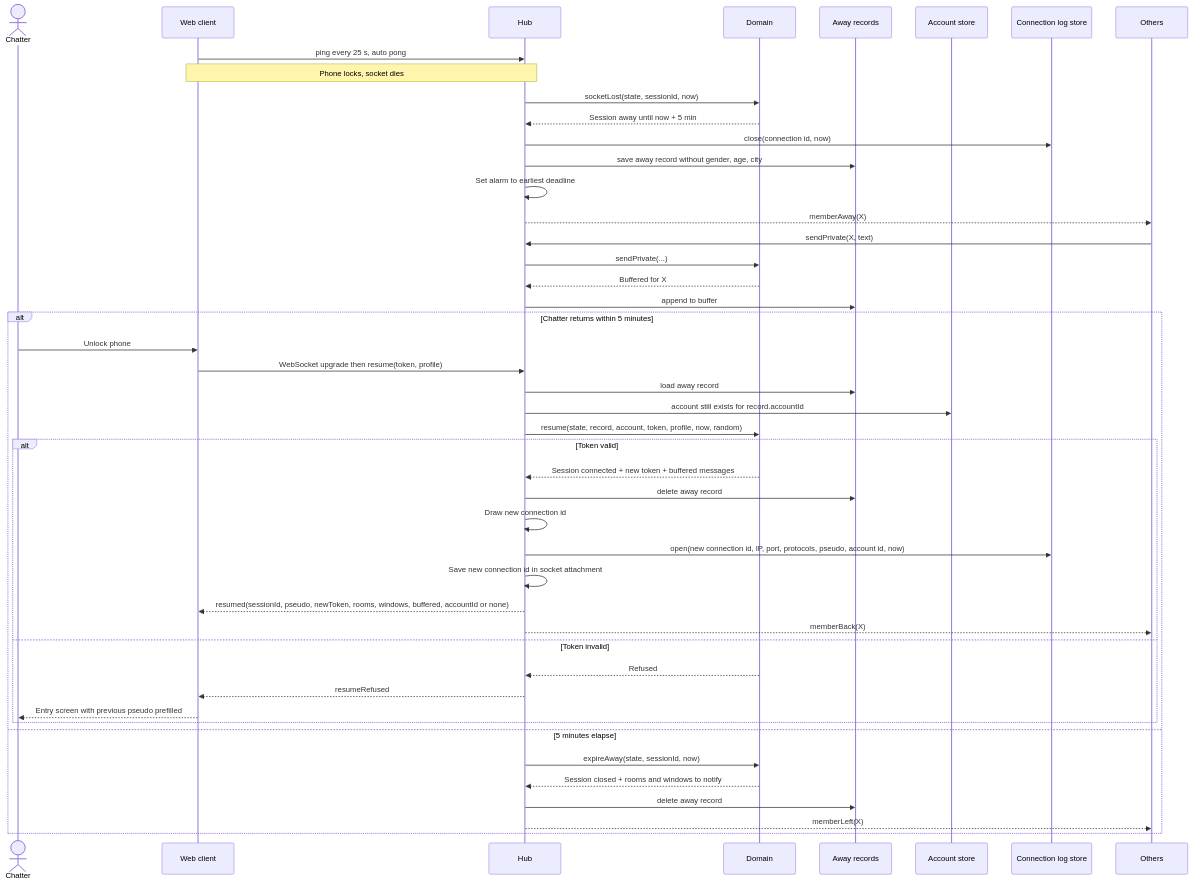
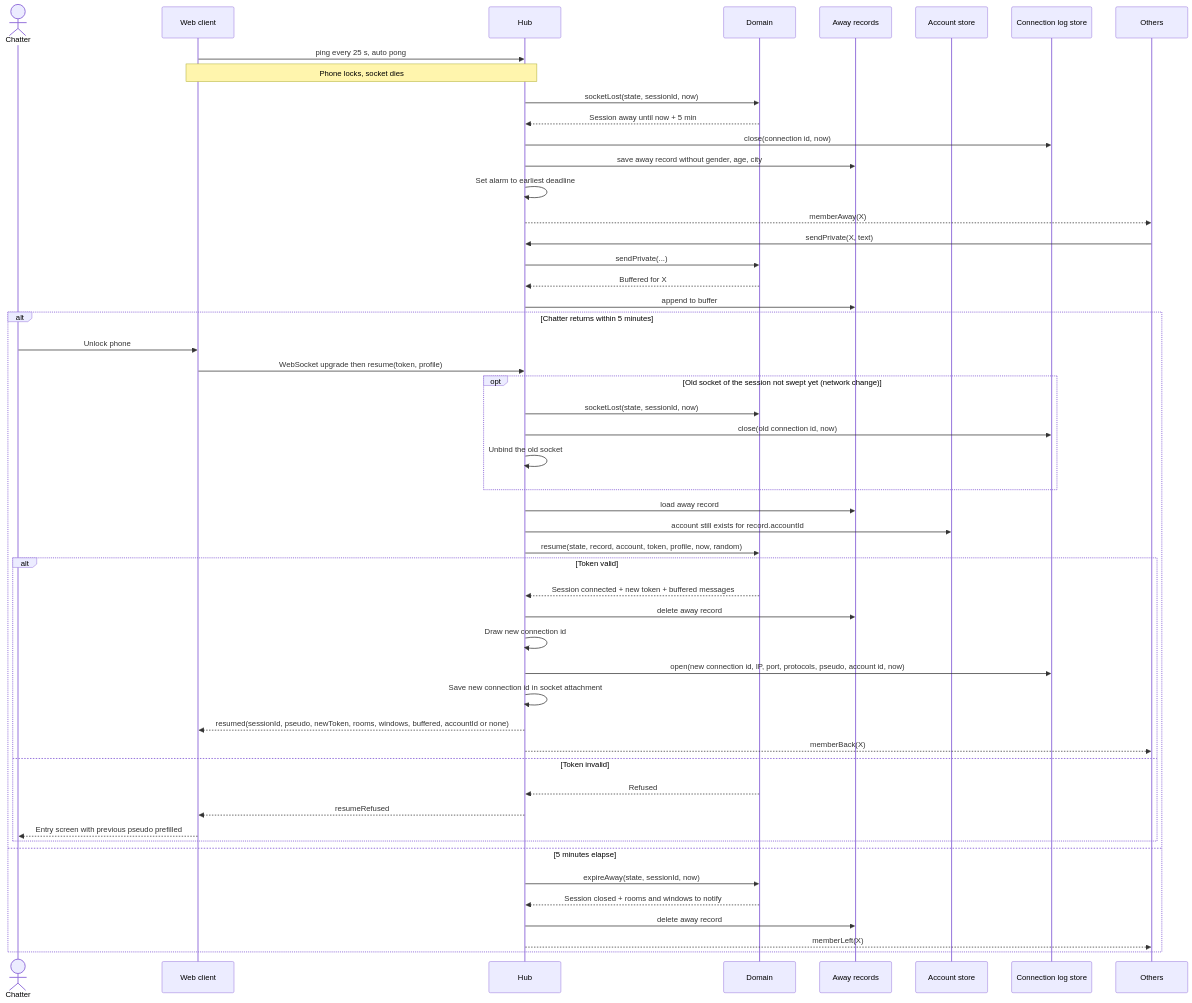
One commit to benoit-bremaud/asv changed the diagram in docs/architecture/diagrams/entry/02b-sequence-resume-after-disconnect.md. Above: the diagram before and after it, drawn with Mermaid. The commit also changed other lines of this file and 8 other files, not shown here.

Commit message:
fix(transport): take over a stale socket on resume, keep the session on offline leave, sweep at a quarter of the silence limit

````diff
--- a/docs/architecture/diagrams/entry/02b-sequence-resume-after-disconnect.md
+++ b/docs/architecture/diagrams/entry/02b-sequence-resume-after-disconnect.md
@@ -15,48 +15,53 @@
 ```mermaid
 sequenceDiagram
   actor C as Chatter
   participant W as Web client
   participant H as Hub
   participant D as Domain
   participant AS as Away records
   participant ACC as Account store
   participant LS as Connection log store
   participant O as Others
   W->>H: ping every 25 s, auto pong
   Note over W,H: Phone locks, socket dies
   H->>D: socketLost(state, sessionId, now)
   D-->>H: Session away until now + 5 min
   H->>LS: close(connection id, now)
   H->>AS: save away record without gender, age, city
   H->>H: Set alarm to earliest deadline
   H-->>O: memberAway(X)
   O->>H: sendPrivate(X, text)
   H->>D: sendPrivate(...)
   D-->>H: Buffered for X
   H->>AS: append to buffer
   alt Chatter returns within 5 minutes
     C->>W: Unlock phone
     W->>H: WebSocket upgrade then resume(token, profile)
+    opt Old socket of the session not swept yet (network change)
+      H->>D: socketLost(state, sessionId, now)
+      H->>LS: close(old connection id, now)
+      H->>H: Unbind the old socket
+    end
     H->>AS: load away record
     H->>ACC: account still exists for record.accountId
     H->>D: resume(state, record, account, token, profile, now, random)
     alt Token valid
       D-->>H: Session connected + new token + buffered messages
       H->>AS: delete away record
       H->>H: Draw new connection id
       H->>LS: open(new connection id, IP, port, protocols, pseudo, account id, now)
       H->>H: Save new connection id in socket attachment
       H-->>W: resumed(sessionId, pseudo, newToken, rooms, windows, buffered, accountId or none)
       H-->>O: memberBack(X)
     else Token invalid
       D-->>H: Refused
       H-->>W: resumeRefused
       W-->>C: Entry screen with previous pseudo prefilled
     end
   else 5 minutes elapse
     H->>D: expireAway(state, sessionId, now)
     D-->>H: Session closed + rooms and windows to notify
     H->>AS: delete away record
     H-->>O: memberLeft(X)
   end
 ```
````
